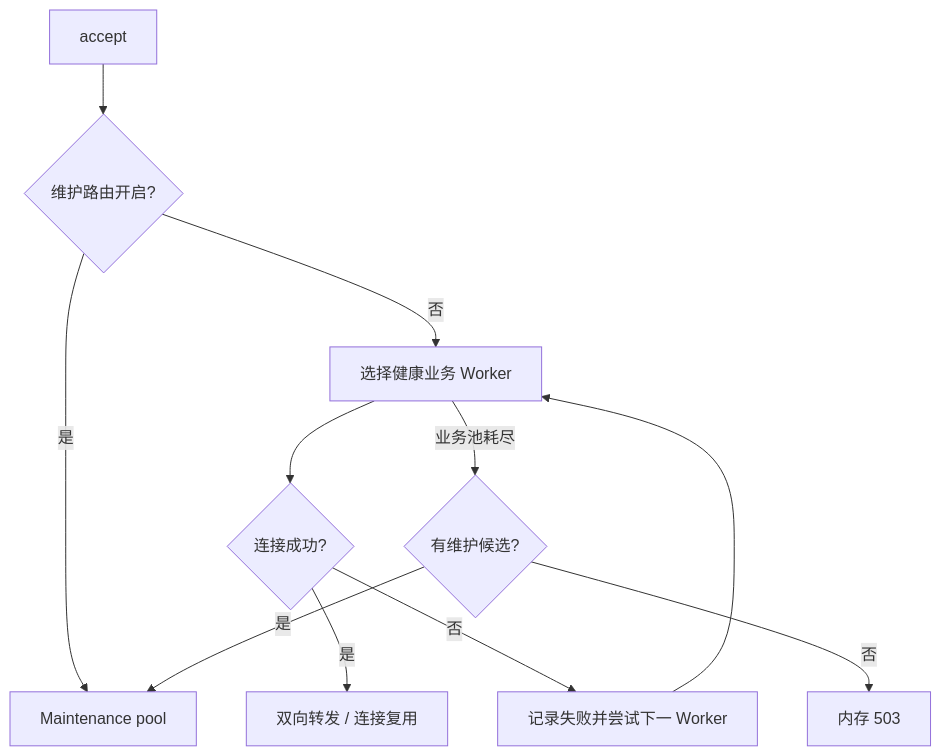
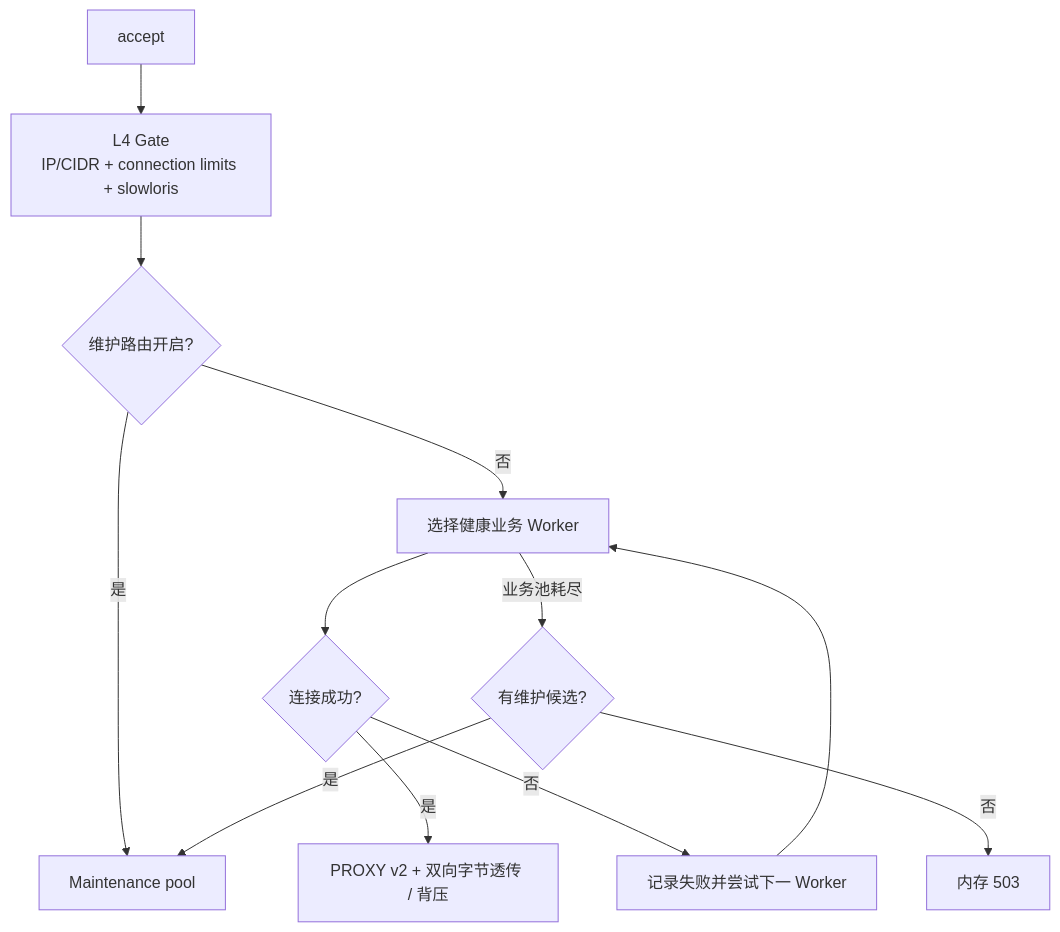
The third of 3 diagrams in app/code/Weline/Server/doc/Dispatcher分流架构设计.md (Aiweline/WelineFramework), drawn with Mermaid before and after one commit. The commit also changed other lines of this file and 1926 other files, not shown here.

Commit message:
feat: implement WelineFramework 2.0 runtime architecture

````diff
--- a/app/code/Weline/Server/doc/Dispatcher分流架构设计.md
+++ b/app/code/Weline/Server/doc/Dispatcher分流架构设计.md
@@ -61,13 +67,14 @@
 ```mermaid
 flowchart TD
-  A["accept"] --> B{"维护路由开启?"}
+  A["accept"] --> L4["L4 Gate\nIP/CIDR + connection limits + slowloris"]
+  L4 --> B{"维护路由开启?"}
   B -->|是| M["Maintenance pool"]
   B -->|否| C["选择健康业务 Worker"]
   C --> D{"连接成功?"}
-  D -->|是| E["双向转发 / 连接复用"]
+  D -->|是| E["PROXY v2 + 双向字节透传 / 背压"]
   D -->|否| F["记录失败并尝试下一 Worker"]
   F --> C
   C -->|业务池耗尽| G{"有维护候选?"}
   G -->|是| M
   G -->|否| H["内存 503"]
 ```
````
